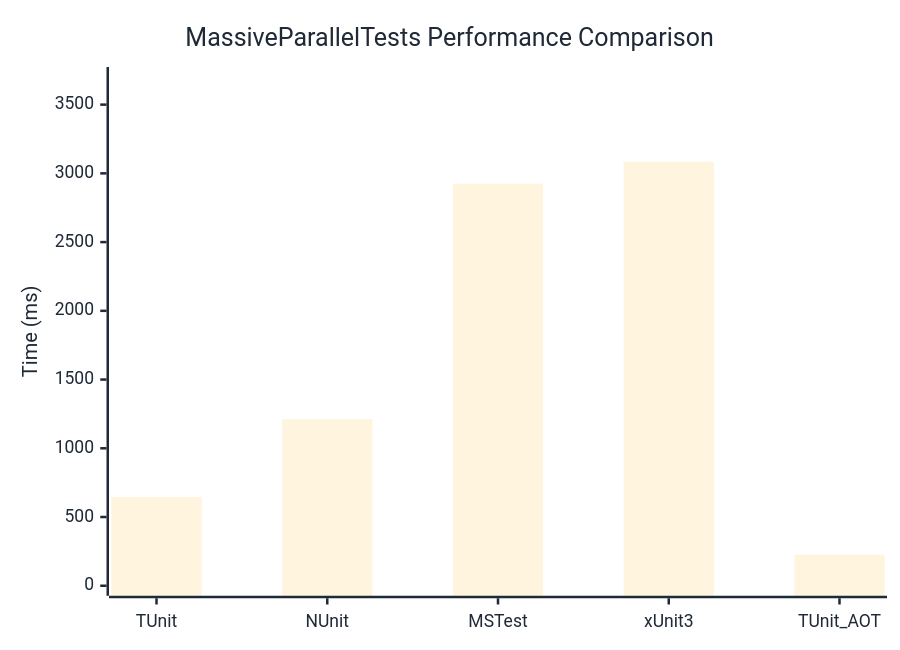
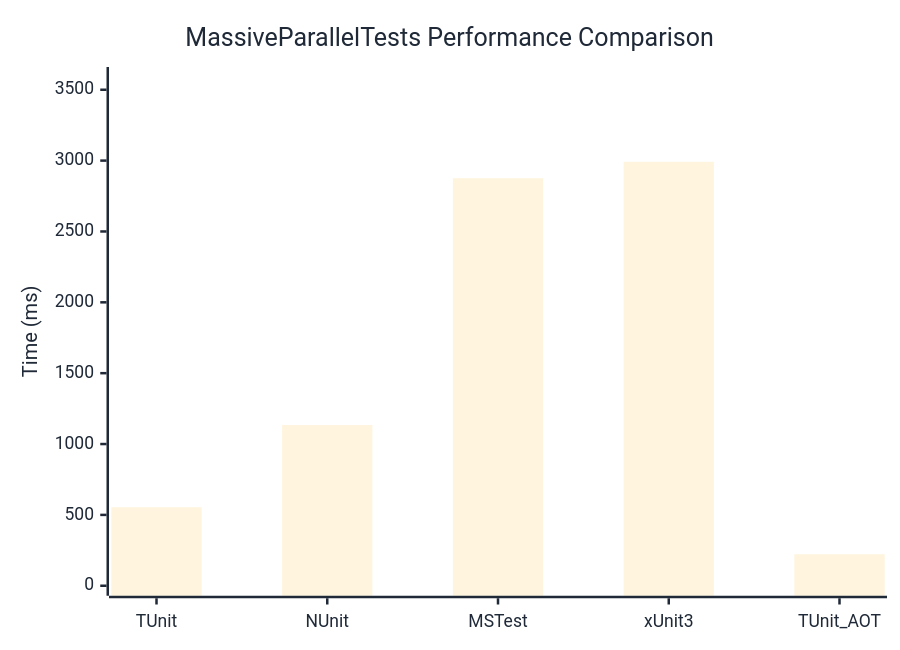
The diagram in docs/docs/benchmarks/MassiveParallelTests.md (thomhurst/TUnit), drawn with Mermaid before and after one commit. The commit also changed other lines of this file and 17 other files, not shown here.

````diff
--- a/docs/docs/benchmarks/MassiveParallelTests.md
+++ b/docs/docs/benchmarks/MassiveParallelTests.md
@@ -27,37 +27,37 @@
 ```mermaid
 %%{init: {
   'theme':'base',
   'themeVariables': {
     'primaryColor': '#2563eb',
     'primaryTextColor': '#1f2937',
     'primaryBorderColor': '#1e40af',
     'lineColor': '#6b7280',
     'secondaryColor': '#7c3aed',
     'tertiaryColor': '#dc2626',
     'background': '#ffffff',
     'mainBkg': '#2563eb',
     'secondBkg': '#7c3aed',
     'tertiaryBkg': '#dc2626',
     'clusterBkg': '#f3f4f6',
     'edgeLabelBackground': '#ffffff',
     'tertiaryTextColor': '#1f2937',
     'pie1': '#2563eb',
     'pie2': '#7c3aed',
     'pie3': '#dc2626',
     'pie4': '#f59e0b',
     'pie5': '#10b981',
     'pie6': '#06b6d4',
     'pie7': '#ec4899',
     'pie8': '#6366f1',
     'pie9': '#84cc16',
     'pie10': '#f97316',
     'pie11': '#14b8a6',
     'pie12': '#a855f7'
   }
 }}%%
 xychart-beta
   title "MassiveParallelTests Performance Comparison"
   x-axis ["TUnit", "NUnit", "MSTest", "xUnit3", "TUnit_AOT"]
-  y-axis "Time (ms)" 0 --> 3701
-  bar [646.1, 1211.5, 2924.7, 3083.6, 226.1]
+  y-axis "Time (ms)" 0 --> 3590
+  bar [553.8, 1133.8, 2875.8, 2991.6, 222]
 ```
````
